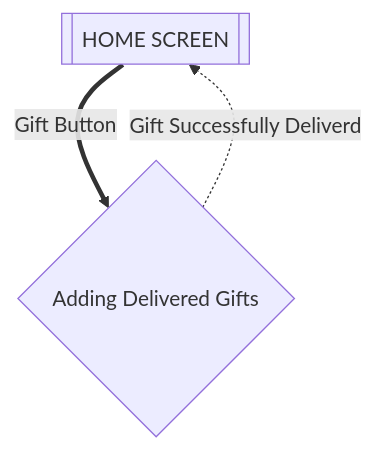
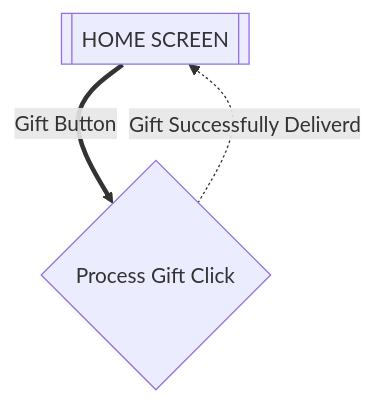
One commit to umangmehta0007/Clicker changed the first of 3 diagrams in flows.md. Above: the diagram before and after it, drawn with Mermaid. The commit also changed other lines of this file, not shown here.

````diff
--- a/flows.md
+++ b/flows.md
@@ -13,12 +13,12 @@
 ```mermaid
 
 flowchart
         
     hs[[HOME SCREEN]]
-    clicked{Adding Delivered Gifts}
+    clicked{Process Gift Click}
     
     hs == Gift Button ==> clicked
     clicked -.Gift Successfully Deliverd.->hs
     
     
 ```
````
